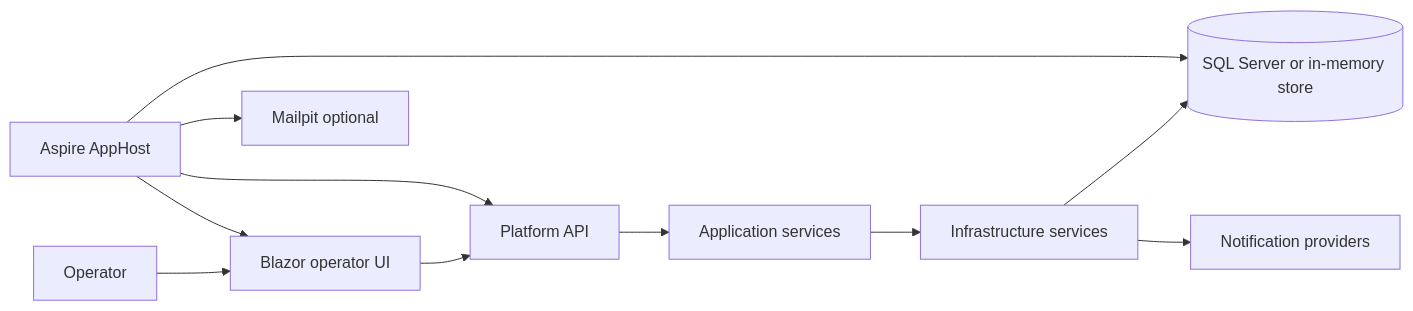
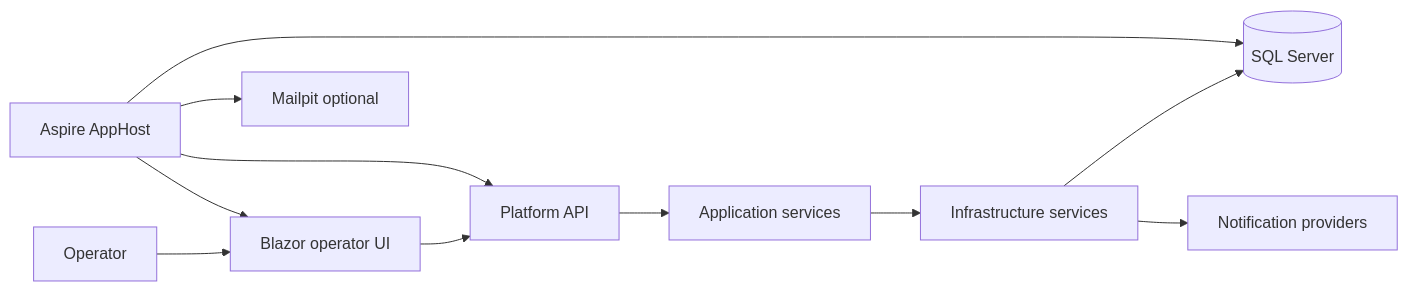
Before and after one commit to MartynFewtrell/TNC.Trading.Platform: the diagram in docs/wiki/application-overview.md, drawn with Mermaid. The commit also changed other lines of this file and 117 other files, not shown here.

````diff
--- a/docs/wiki/application-overview.md
+++ b/docs/wiki/application-overview.md
@@ -75,13 +75,13 @@
 ```mermaid
 flowchart LR
     Operator[Operator] --> Web[Blazor operator UI]
     Web --> Api[Platform API]
     Api --> App[Application services]
     App --> Infra[Infrastructure services]
-    Infra --> Db[(SQL Server or in-memory store)]
+    Infra --> Db[(SQL Server)]
     Infra --> Notify[Notification providers]
     AppHost[Aspire AppHost] --> Web
     AppHost --> Api
     AppHost --> Db
     AppHost --> Mailpit[Mailpit optional]
 ```
````
